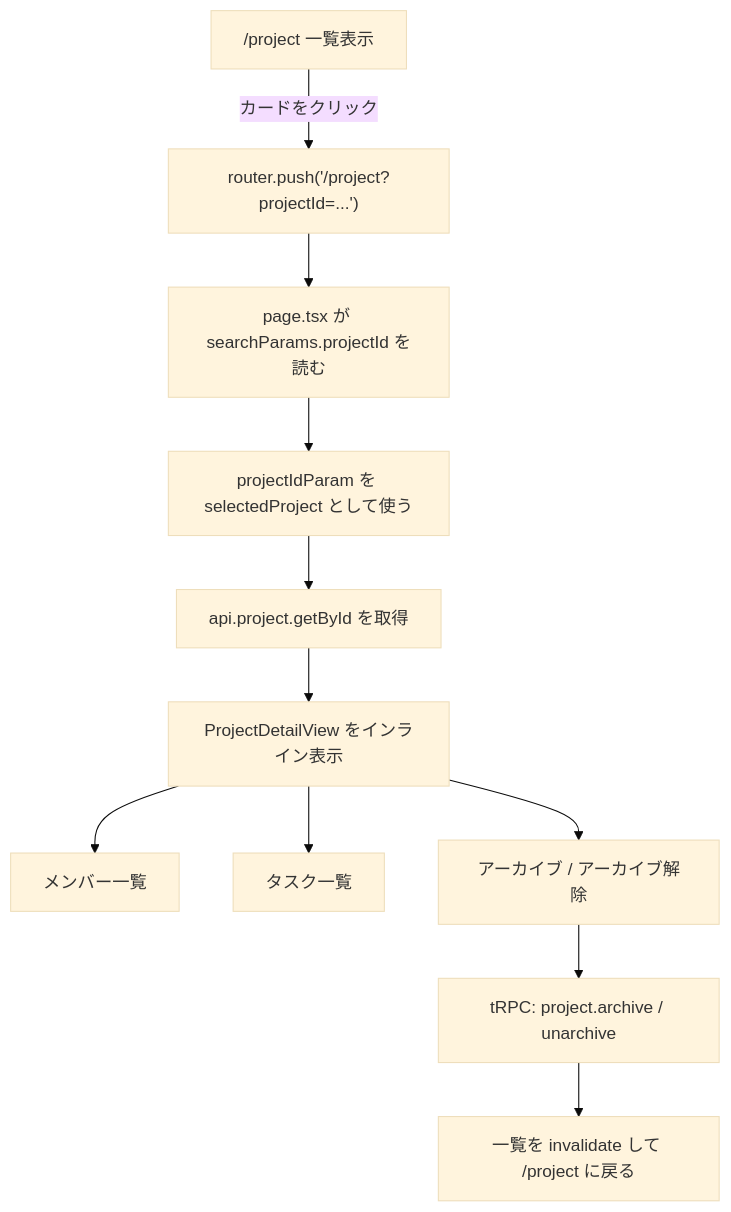
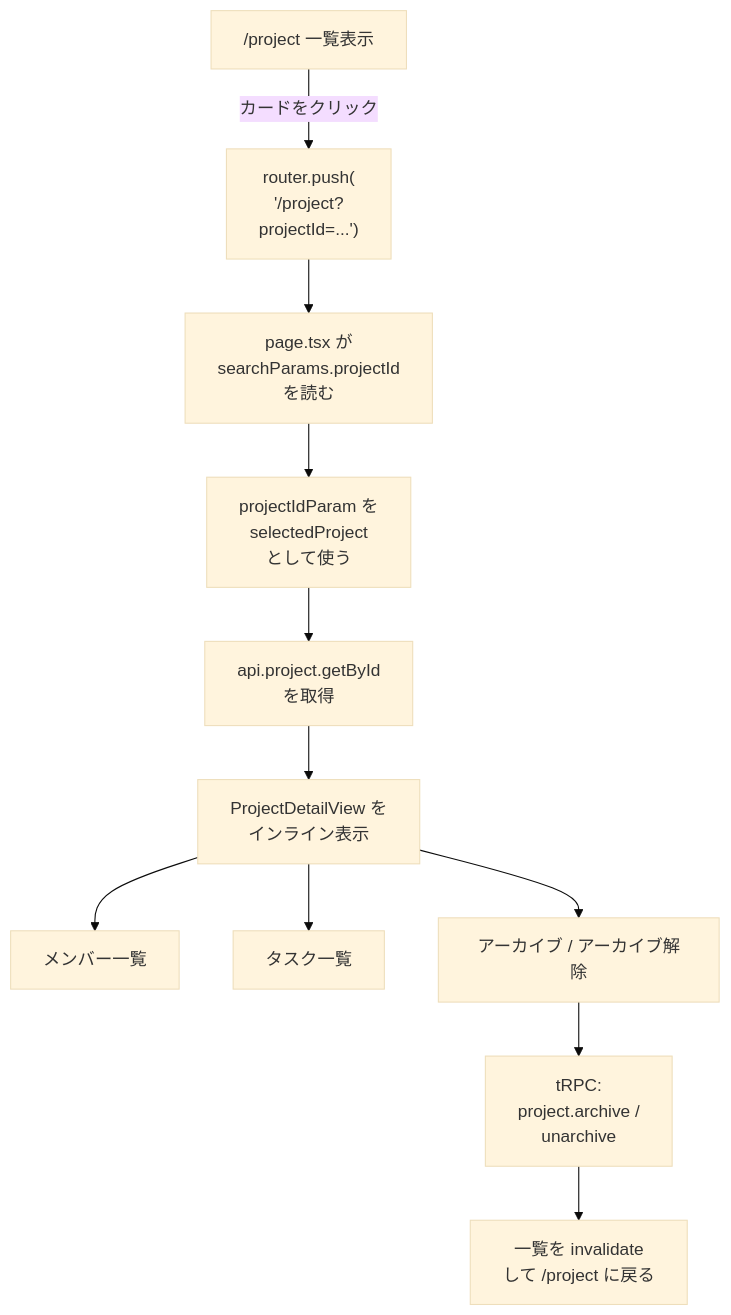
One commit to kouiso/task-app changed the first of 2 diagrams in material/30days-curriculum/day27_プロジェクト詳細・アーカイブを実装しよう.md. Above: the diagram before and after it, drawn with Mermaid (base theme). The commit also changed other lines of this file and 24 other files, not shown here.

First line of the commit message:
fix(material): Mermaid 図のファイル名キャプションとノード途中折れを直す (#457) (#718)

````diff
--- a/material/30days-curriculum/day27_プロジェクト詳細・アーカイブを実装しよう.md
+++ b/material/30days-curriculum/day27_プロジェクト詳細・アーカイブを実装しよう.md
@@ -54,13 +54,13 @@
 ```mermaid
 flowchart TD
-    A["/project 一覧表示"] -->|"カードをクリック"| B["router.push('/project?projectId=...')"]
-    B --> C["page.tsx が searchParams.projectId を読む"]
-    C --> D["projectIdParam を selectedProject として使う"]
-    D --> E["api.project.getById を取得"]
-    E --> F["ProjectDetailView をインライン表示"]
+    A["/project 一覧表示"] -->|"カードをクリック"| B["router.push(<br/>'/project?<br/>projectId=...')"]
+    B --> C["page.tsx が<br/>searchParams.projectId<br/>を読む"]
+    C --> D["projectIdParam を<br/>selectedProject<br/>として使う"]
+    D --> E["api.project.getById<br/>を取得"]
+    E --> F["ProjectDetailView を<br/>インライン表示"]
     F --> G["メンバー一覧"]
     F --> H["タスク一覧"]
     F --> I["アーカイブ / アーカイブ解除"]
-    I --> J["tRPC: project.archive / unarchive"]
-    J --> K["一覧を invalidate して /project に戻る"]
+    I --> J["tRPC:<br/>project.archive /<br/>unarchive"]
+    J --> K["一覧を invalidate<br/>して /project に戻る"]
 ```
````
